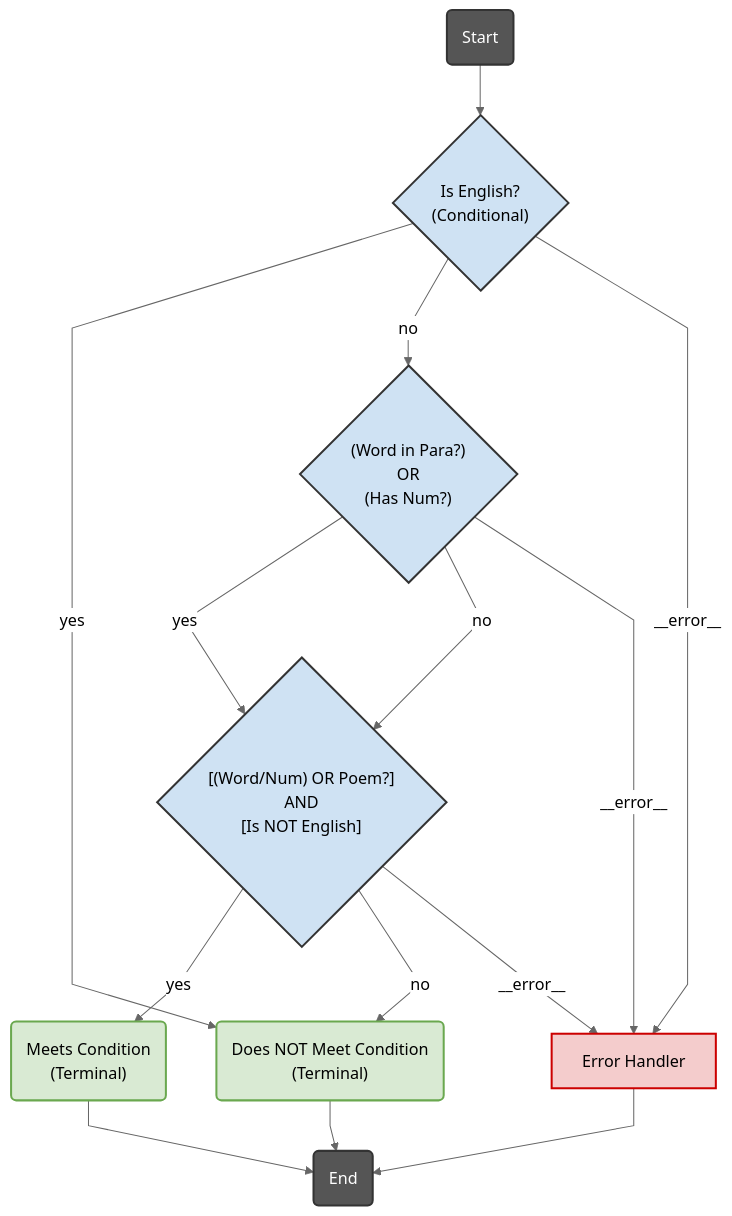
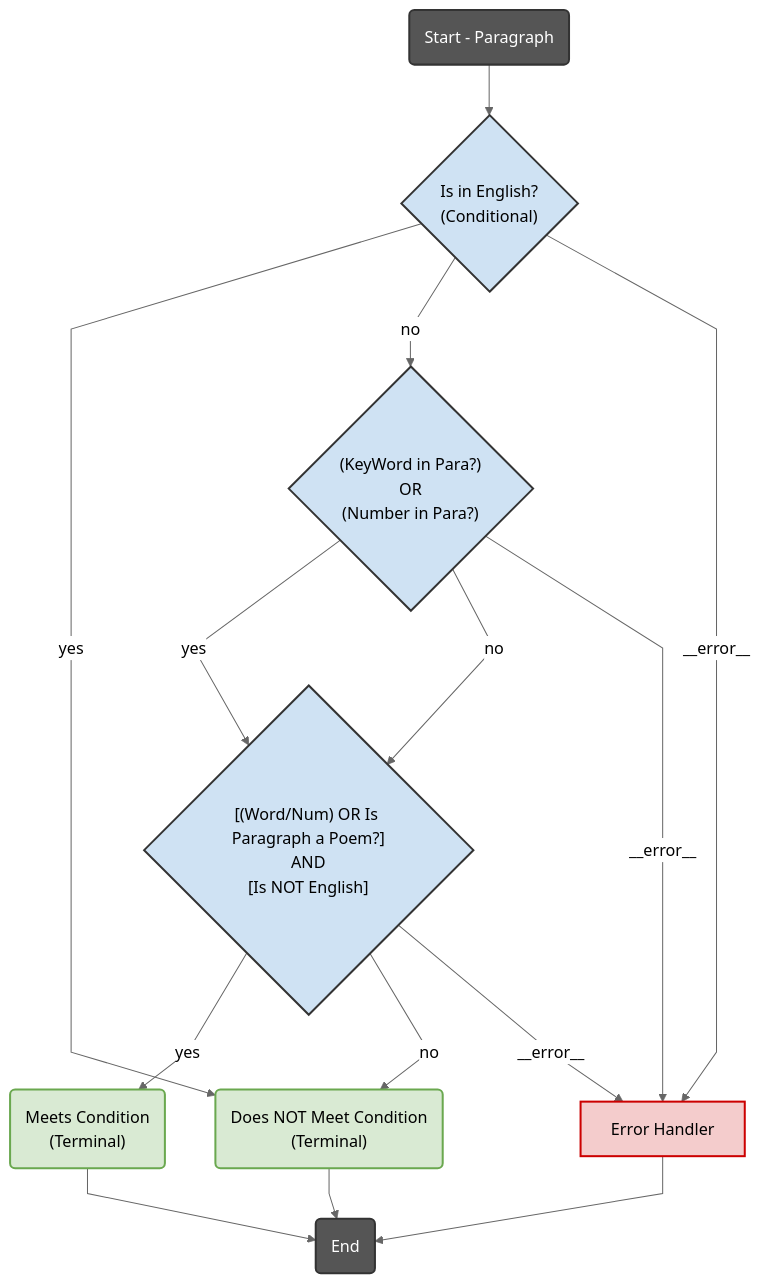
One commit to wilmandj/langgraph_decision_engine changed the second of 2 diagrams in README.md. Above: the diagram before and after it, drawn with Mermaid (neutral theme).

````diff
--- a/README.md
+++ b/README.md
@@ -148,58 +148,58 @@
 ```mermaid
 ---
 config:
   flowchart:
     curve: linear
 ---
 graph TD;
     %% Node Definitions (Simplified Syntax with <br/> and Abstraction)
-    __start__("Start"):::startEndNode
-    wp_check_is_english{"Is English?<br/>(Conditional)"}:::conditionalNode
-    wp_check_word_or_num{"(Word in Para?)<br/>OR<br/>(Has Num?)"}:::conditionalNode
+    __start__("Start - Paragraph"):::startEndNode
+    wp_check_is_english{"Is in English?<br/>(Conditional)"}:::conditionalNode
+    wp_check_word_or_num{"(KeyWord in Para?)<br/>OR<br/>(Number in Para?)"}:::conditionalNode
       %% Abstracted Node 1
-    wp_check_final_condition{"[(Word/Num) OR Poem?]<br/>AND<br/>[Is NOT English]"}:::conditionalNode
+    wp_check_final_condition{"[(Word/Num) OR Is Paragraph a Poem?]<br/>AND<br/>[Is NOT English]"}:::conditionalNode
       %% Abstracted Node 2 (Represents final AND logic outcome)
     wp_terminal_meets_condition("Meets Condition<br/>(Terminal)"):::terminalNode
     wp_terminal_does_not_meet_condition("Does NOT Meet Condition<br/>(Terminal)"):::terminalNode
     wp_error_handler_complex["Error Handler"]:::errorNode
     __end__("End"):::startEndNode
 
     %% Edges (Connections - Manually Rerouted for Abstraction)
     __start__ --> wp_check_is_english;
 
     wp_error_handler_complex --> __end__;
     wp_terminal_does_not_meet_condition --> __end__;
     wp_terminal_meets_condition --> __end__;
 
     %% If English, fails condition
     wp_check_is_english -- "yes" --> wp_terminal_does_not_meet_condition;
     %% If not English, check the combined Word/Number condition
     wp_check_is_english -- "no" --> wp_check_word_or_num;
     wp_check_is_english -- "__error__" --> wp_error_handler_complex;
       %% Error from initial check
 
     %% After checking Word OR Num, check the final combined condition (including Is Poem?)
     wp_check_word_or_num -- "yes" --> wp_check_final_condition;
     wp_check_word_or_num -- "no" --> wp_check_final_condition;
     wp_check_word_or_num -- "__error__" --> wp_error_handler_complex;
       %% Represent potential errors from underlying checks
 
     %% Route based on the final abstracted condition result
     wp_check_final_condition -- "yes" --> wp_terminal_meets_condition;
     wp_check_final_condition -- "no" --> wp_terminal_does_not_meet_condition;
     wp_check_final_condition -- "__error__" --> wp_error_handler_complex;
       %% Represent potential errors from underlying checks
 
 
     %% Class Definitions (Styling - Kept the same)
     classDef conditionalNode fill:#cfe2f3,stroke:#333,stroke-width:2px;
     classDef llmNode fill:#d9d2e9,stroke:#333,stroke-width:2px,color:#000000;
     classDef gateNode fill:#fce5cd,stroke:#e69138,stroke-width:2px;
     classDef terminalNode fill:#d9ead3,stroke:#6aa84f,stroke-width:2px;
     classDef actionNode fill:#f3f3f3,stroke:#666,stroke-width:2px,stroke-dasharray: 5 5;
     classDef classificationNode fill:#d0e0e3,stroke:#45818e,stroke-width:2px;
     classDef errorNode fill:#f4cccc,stroke:#cc0000,stroke-width:2px;
     classDef unknownNode fill:#eee,stroke:#333,stroke-width:1px;
     classDef startEndNode fill:#555,stroke:#333,stroke-width:2px,color:#fff;
 
 ```
````
